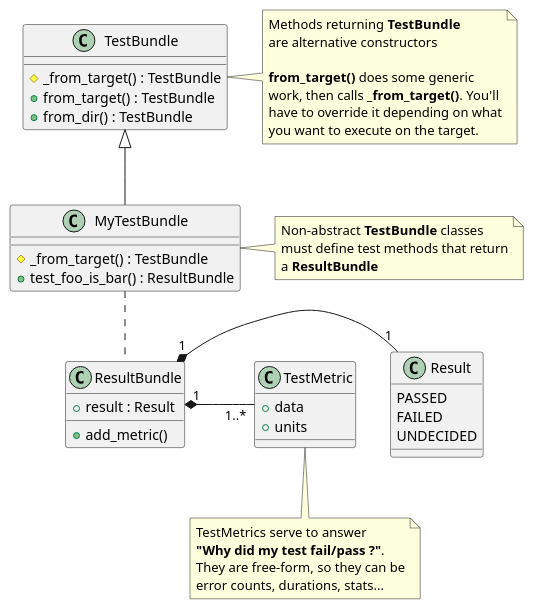
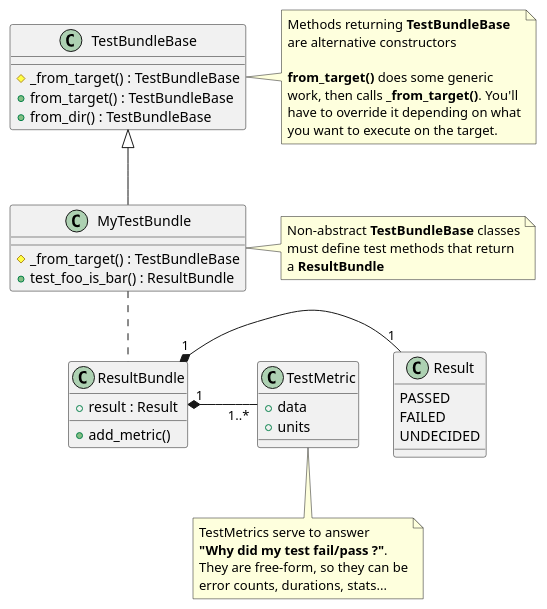
The diagram in doc/kernel_tests.rst (ARM-software/lisa), drawn with PlantUML before and after one commit. The commit also changed other lines of this file and 1 other file, not shown here.

Commit message:
lisa.tests.base: Rename TestBundle into TestBundleBase
Also introduce a new TestBundle class, which inherits from:
* TestBundleBase
* FtraceTestBundle, so that the user can collect a trace easily by
  providing an ftrace_conf parameter to from_target()
* DmesgTestBundle, so that all tests will have their dmesg output looked
  at.

```diff
--- a/doc/kernel_tests.rst
+++ b/doc/kernel_tests.rst
@@ -97,59 +97,59 @@
 .. uml::
 
   class TestMetric {
 	+ data
 	+ units
   }
 
 
   note bottom of TestMetric {
        TestMetrics serve to answer
        <b>"Why did my test fail/pass ?"</b>.
        They are free-form, so they can be
        error counts, durations, stats...
   }
 
   class Result {
 	PASSED
 	FAILED
 	UNDECIDED
   }
 
   class ResultBundle {
 	+ result : Result
 	+ add_metric()
   }
 
   ResultBundle "1" *- "1" Result
   ' This forces a longer arrow ------------v
   ResultBundle "1" *- "1..*" TestMetric : "          "
 
-  class TestBundle {
-      # _from_target() : TestBundle
-      + from_target() : TestBundle
-      + from_dir() : TestBundle
+  class TestBundleBase {
+      # _from_target() : TestBundleBase
+      + from_target() : TestBundleBase
+      + from_dir() : TestBundleBase
   }
 
-  note right of TestBundle {
-      Methods returning <b>TestBundle</b>
+  note right of TestBundleBase {
+      Methods returning <b>TestBundleBase</b>
       are alternative constructors
 
       <b>from_target()</b> does some generic
       work, then calls <b>_from_target()</b>. You'll
       have to override it depending on what
       you want to execute on the target.
   }
 
   class MyTestBundle {
-	# _from_target() : TestBundle
+	# _from_target() : TestBundleBase
 	+ test_foo_is_bar() : ResultBundle
   }
 
   note right of MyTestBundle {
-      Non-abstract <b>TestBundle</b> classes
+      Non-abstract <b>TestBundleBase</b> classes
       must define test methods that return
       a <b>ResultBundle</b>
   }
 
-  TestBundle <|-- MyTestBundle
+  TestBundleBase <|-- MyTestBundle
   MyTestBundle .. ResultBundle
```
